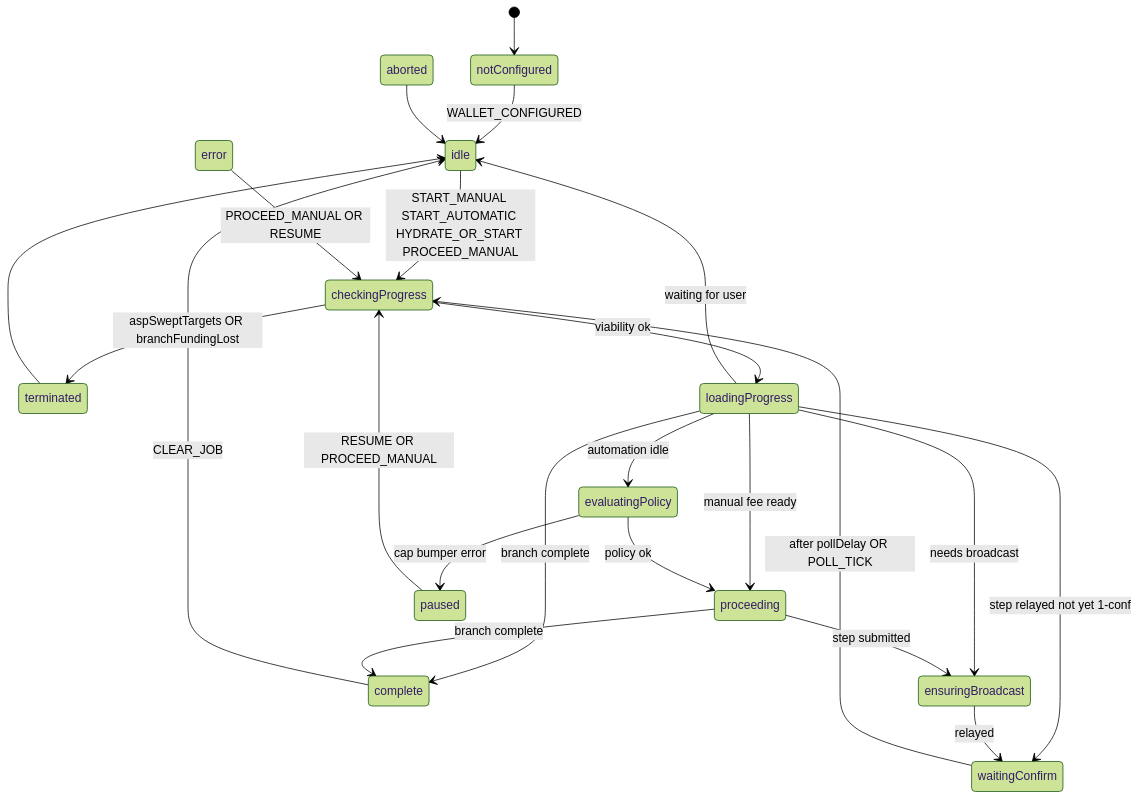
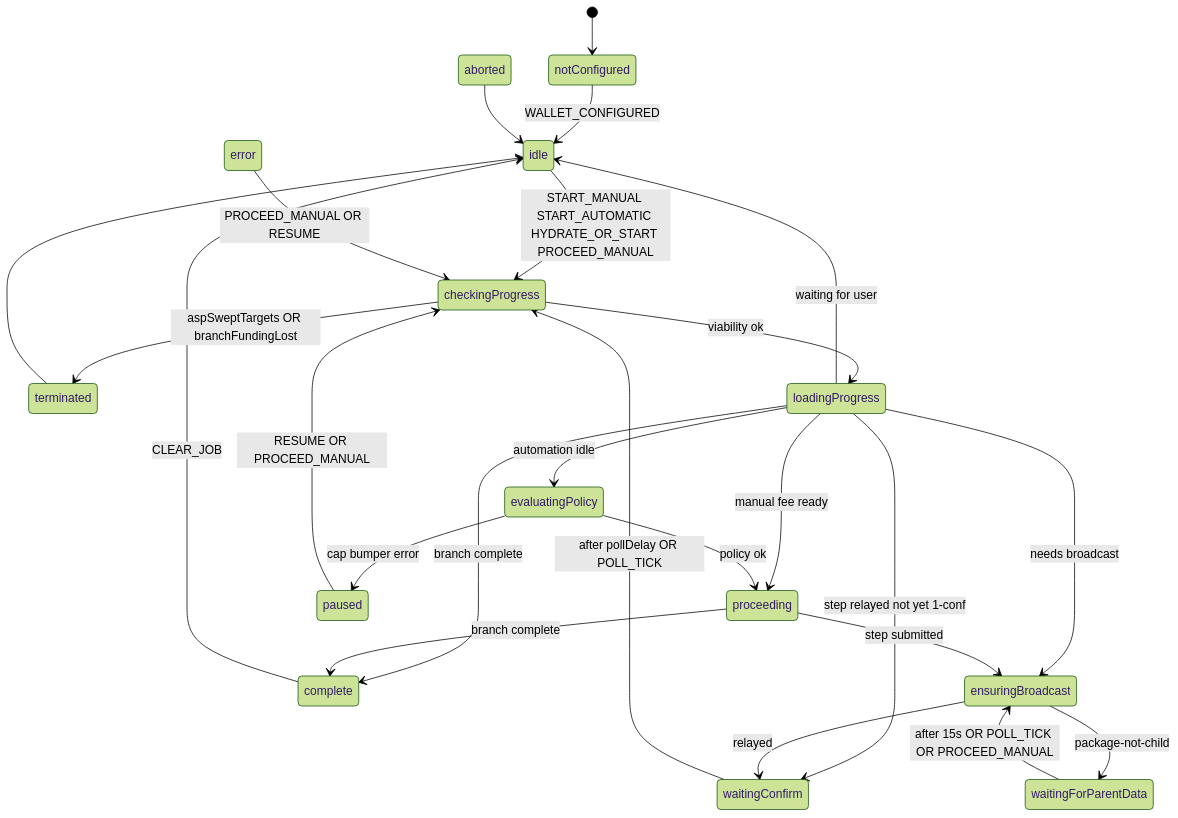
The first of 2 diagrams in docs/unilateral-exit.md (Radivis/bitboard-pwa-wallet), drawn with Mermaid (forest theme) before and after one commit. The commit also changed other lines of this file and 26 other files, not shown here.

````diff
--- a/docs/unilateral-exit.md
+++ b/docs/unilateral-exit.md
@@ -141,25 +146,27 @@
 ```mermaid
 stateDiagram-v2
   [*] --> notConfigured
   notConfigured --> idle: WALLET_CONFIGURED
   idle --> checkingProgress: START_MANUAL START_AUTOMATIC HYDRATE_OR_START PROCEED_MANUAL
   checkingProgress --> terminated: aspSweptTargets OR branchFundingLost
   checkingProgress --> loadingProgress: viability ok
   loadingProgress --> complete: branch complete
   loadingProgress --> ensuringBroadcast: needs broadcast
   loadingProgress --> waitingConfirm: step relayed not yet 1-conf
   loadingProgress --> evaluatingPolicy: automation idle
   loadingProgress --> proceeding: manual fee ready
   loadingProgress --> idle: waiting for user
   evaluatingPolicy --> paused: cap bumper error
   evaluatingPolicy --> proceeding: policy ok
   proceeding --> complete: branch complete
   proceeding --> ensuringBroadcast: step submitted
   ensuringBroadcast --> waitingConfirm: relayed
+  ensuringBroadcast --> waitingForParentData: package-not-child
   waitingConfirm --> checkingProgress: after pollDelay OR POLL_TICK
+  waitingForParentData --> ensuringBroadcast: after 15s OR POLL_TICK OR PROCEED_MANUAL
   paused --> checkingProgress: RESUME OR PROCEED_MANUAL
   complete --> idle: CLEAR_JOB
   terminated --> idle
   aborted --> idle
   error --> checkingProgress: PROCEED_MANUAL OR RESUME
 ```
````
